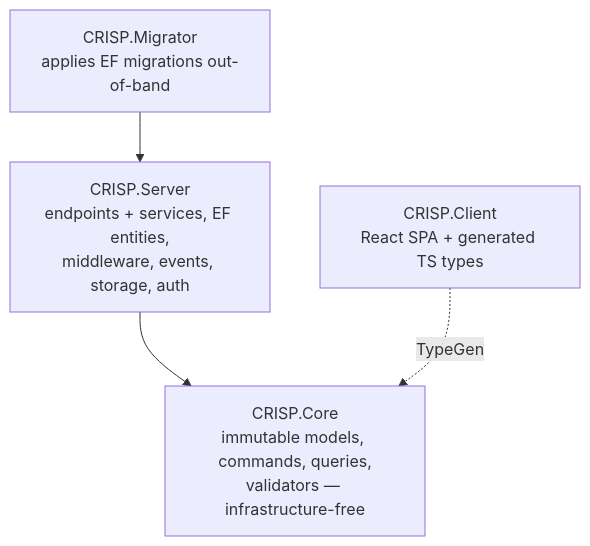
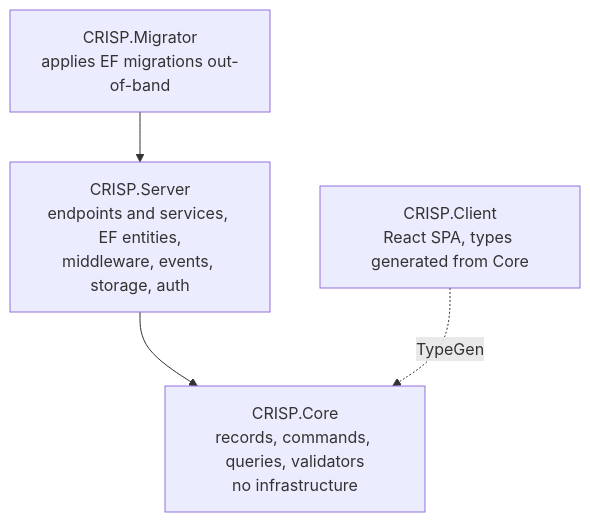
The diagram in docs/index.md (Narcoleptic-Fox/CRISP), drawn with Mermaid before and after one commit. The commit also changed other lines of this file and 47 other files, not shown here.

````diff
--- a/docs/index.md
+++ b/docs/index.md
@@ -8,11 +59,11 @@
 ```mermaid
 graph TD
-    Client[CRISP.Client<br/>React SPA + generated TS types]
-    Server[CRISP.Server<br/>endpoints + services, EF entities,<br/>middleware, events, storage, auth]
-    Core[CRISP.Core<br/>immutable models, commands, queries,<br/>validators — infrastructure-free]
+    Client[CRISP.Client<br/>React SPA, types generated from Core]
+    Server[CRISP.Server<br/>endpoints and services, EF entities,<br/>middleware, events, storage, auth]
+    Core[CRISP.Core<br/>records, commands, queries, validators<br/>no infrastructure]
     Migrator[CRISP.Migrator<br/>applies EF migrations out-of-band]
 
     Server --> Core
     Client -.->|TypeGen| Core
     Migrator --> Server
 ```
````
